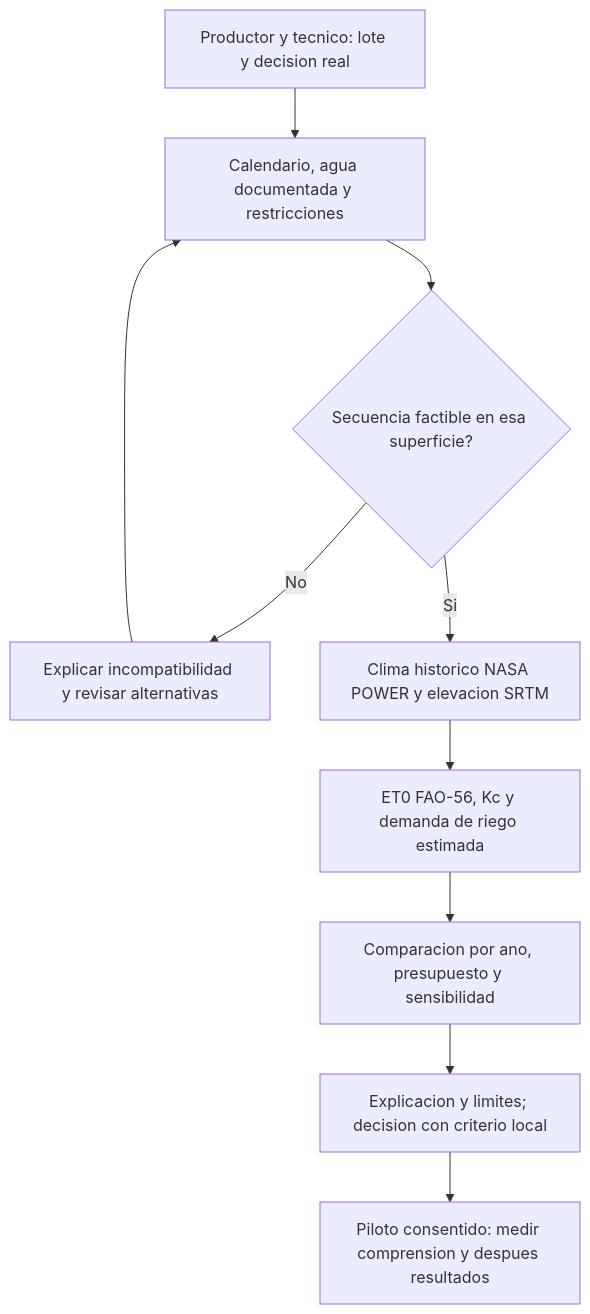
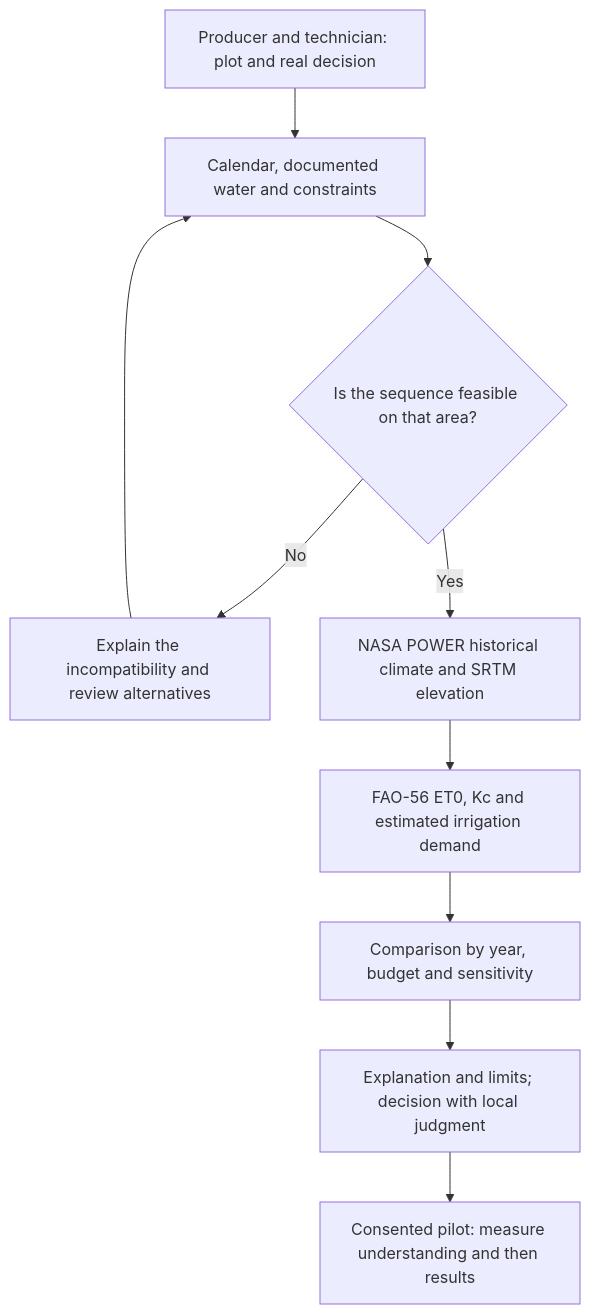
Before and after one commit to Seb0401/Quasaris: the diagram in docs/STRATEGIC_IMPACT_AUDIT.md, drawn with Mermaid. The commit also changed other lines of this file, not shown here.

````diff
--- a/docs/STRATEGIC_IMPACT_AUDIT.md
+++ b/docs/STRATEGIC_IMPACT_AUDIT.md
@@ -590,12 +592,12 @@
 ```mermaid
 flowchart TD
-    A[Productor y tecnico: lote y decision real] --> B[Calendario, agua documentada y restricciones]
-    B --> C{Secuencia factible en esa superficie?}
-    C -- No --> D[Explicar incompatibilidad y revisar alternativas]
+    A[Producer and technician: plot and real decision] --> B[Calendar, documented water and constraints]
+    B --> C{Is the sequence feasible on that area?}
+    C -- No --> D[Explain the incompatibility and review alternatives]
     D --> B
-    C -- Si --> E[Clima historico NASA POWER y elevacion SRTM]
-    E --> F[ET0 FAO-56, Kc y demanda de riego estimada]
-    F --> G[Comparacion por ano, presupuesto y sensibilidad]
-    G --> H[Explicacion y limites; decision con criterio local]
-    H --> I[Piloto consentido: medir comprension y despues resultados]
+    C -- Yes --> E[NASA POWER historical climate and SRTM elevation]
+    E --> F[FAO-56 ET0, Kc and estimated irrigation demand]
+    F --> G[Comparison by year, budget and sensitivity]
+    G --> H[Explanation and limits; decision with local judgment]
+    H --> I[Consented pilot: measure understanding and then results]
 ```
````
